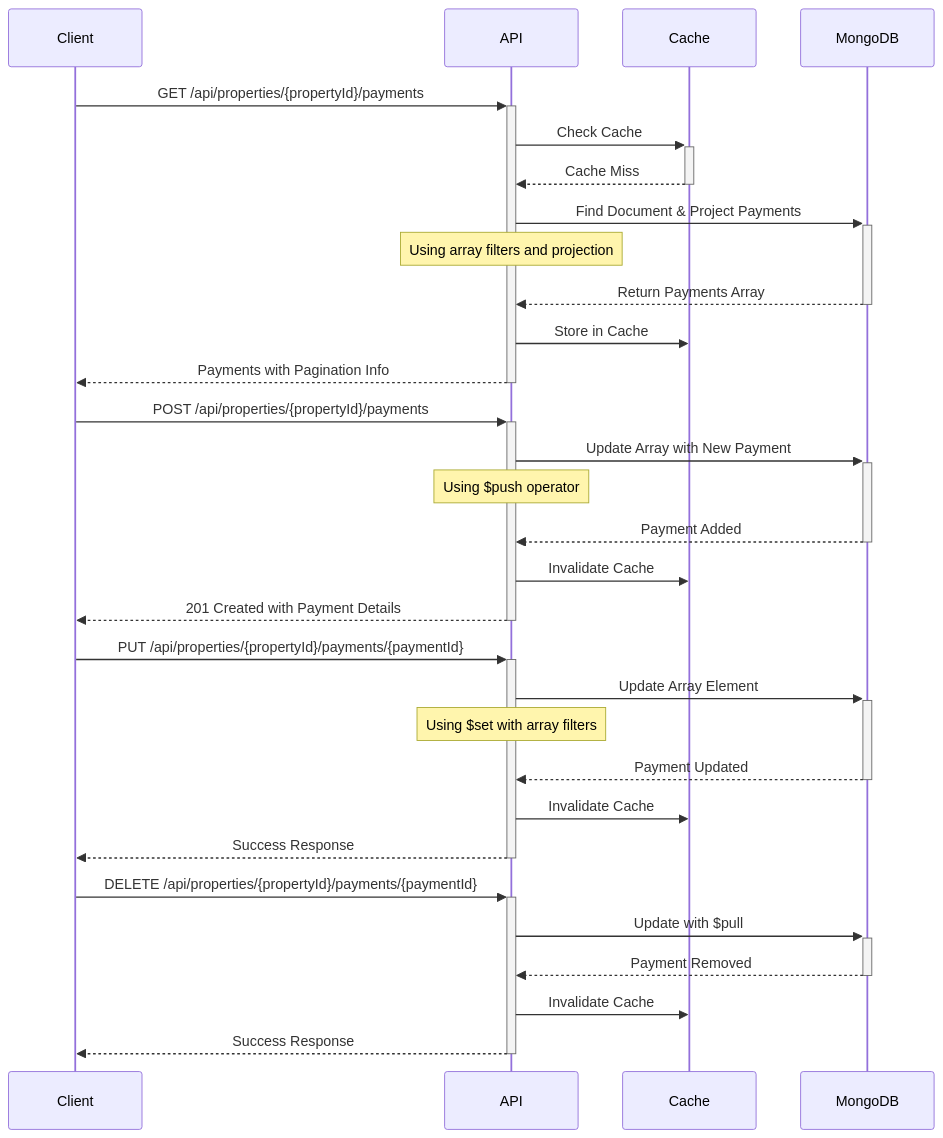
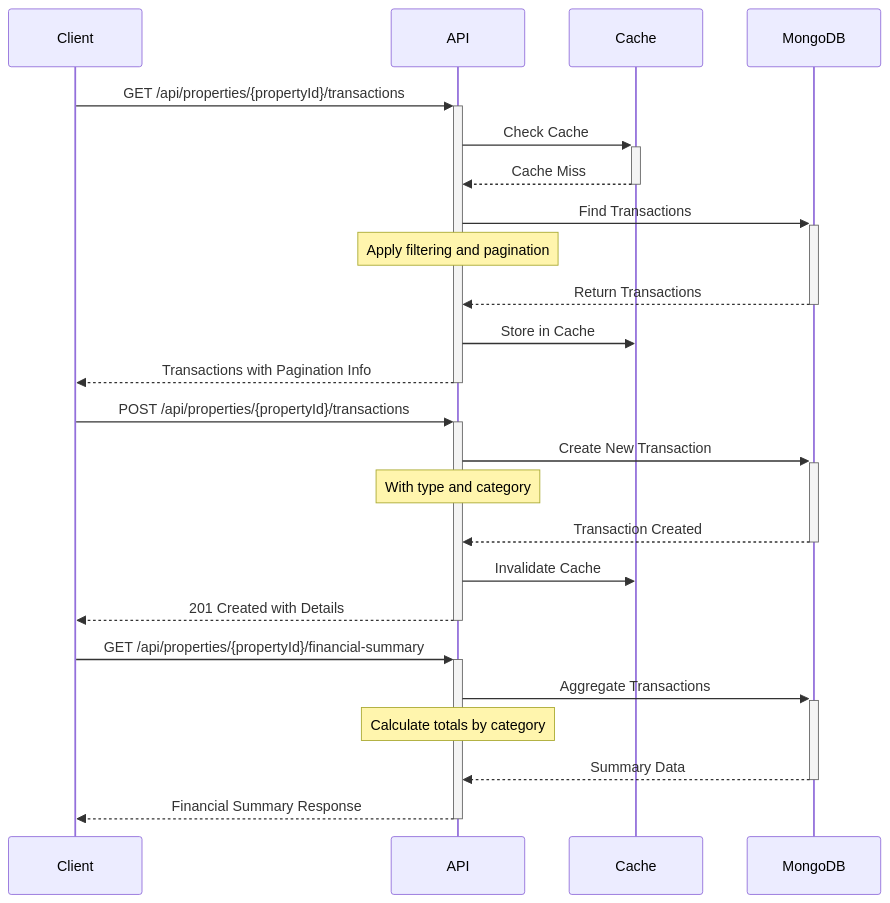
The sixth of 7 diagrams in README.md (rohanmarathe567-code/RentTracker), drawn with Mermaid before and after one commit. The commit also changed other lines of this file and 9 other files, not shown here.

````diff
--- a/README.md
+++ b/README.md
@@ -496,36 +516,29 @@
 ```mermaid
 sequenceDiagram
     participant Client
     participant API
     participant Cache
     participant MongoDB
     
-    Client->>+API: GET /api/properties/{propertyId}/payments
+    Client->>+API: GET /api/properties/{propertyId}/transactions
     API->>+Cache: Check Cache
     Cache-->>-API: Cache Miss
-    API->>+MongoDB: Find Document & Project Payments
-    Note over API: Using array filters and projection
-    MongoDB-->>-API: Return Payments Array
+    API->>+MongoDB: Find Transactions
+    Note over API: Apply filtering and pagination
+    MongoDB-->>-API: Return Transactions
     API->>Cache: Store in Cache
-    API-->>-Client: Payments with Pagination Info
+    API-->>-Client: Transactions with Pagination Info
 
-    Client->>+API: POST /api/properties/{propertyId}/payments
-    API->>+MongoDB: Update Array with New Payment
-    Note over API: Using $push operator
-    MongoDB-->>-API: Payment Added
+    Client->>+API: POST /api/properties/{propertyId}/transactions
+    API->>+MongoDB: Create New Transaction
+    Note over API: With type and category
+    MongoDB-->>-API: Transaction Created
     API->>Cache: Invalidate Cache
-    API-->>-Client: 201 Created with Payment Details
+    API-->>-Client: 201 Created with Details
 
-    Client->>+API: PUT /api/properties/{propertyId}/payments/{paymentId}
-    API->>+MongoDB: Update Array Element
-    Note over API: Using $set with array filters
-    MongoDB-->>-API: Payment Updated
-    API->>Cache: Invalidate Cache
-    API-->>-Client: Success Response
-    
-    Client->>+API: DELETE /api/properties/{propertyId}/payments/{paymentId}
-    API->>+MongoDB: Update with $pull
-    MongoDB-->>-API: Payment Removed
-    API->>Cache: Invalidate Cache
-    API-->>-Client: Success Response
+    Client->>+API: GET /api/properties/{propertyId}/financial-summary
+    API->>+MongoDB: Aggregate Transactions
+    Note over API: Calculate totals by category
+    MongoDB-->>-API: Summary Data
+    API-->>-Client: Financial Summary Response
 ```
````
